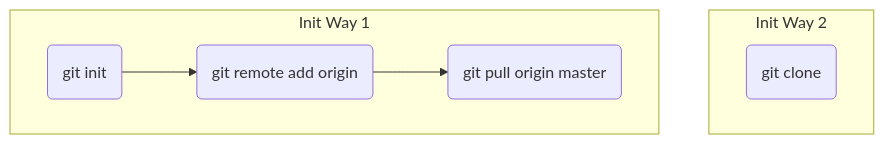
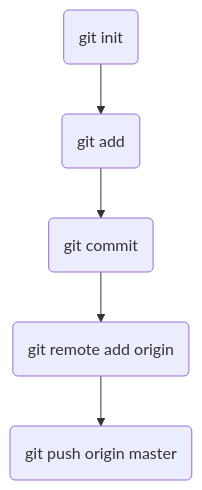
Before and after one commit to RHUK2/blog: the first of 2 diagrams in posts/Git_Cheat_Sheet.md, drawn with Mermaid. The commit also changed other lines of this file, not shown here.

````diff
--- a/posts/Git_Cheat_Sheet.md
+++ b/posts/Git_Cheat_Sheet.md
@@ -33,10 +31,9 @@
 ```mermaid
 flowchart TD
-    subgraph Init Way 2
-    A`("git clone <URL>")
-    end
-    subgraph Init Way 1
-    A(git init)-->B("git remote add origin <URL>");
-    B-->C(git pull origin master);
-    end
+    1("git init")
+    2("git add")
+    3("git commit")
+    4("git remote add origin")
+    5("git push origin master")
+    1-->2-->3-->4-->5
 ```
````
